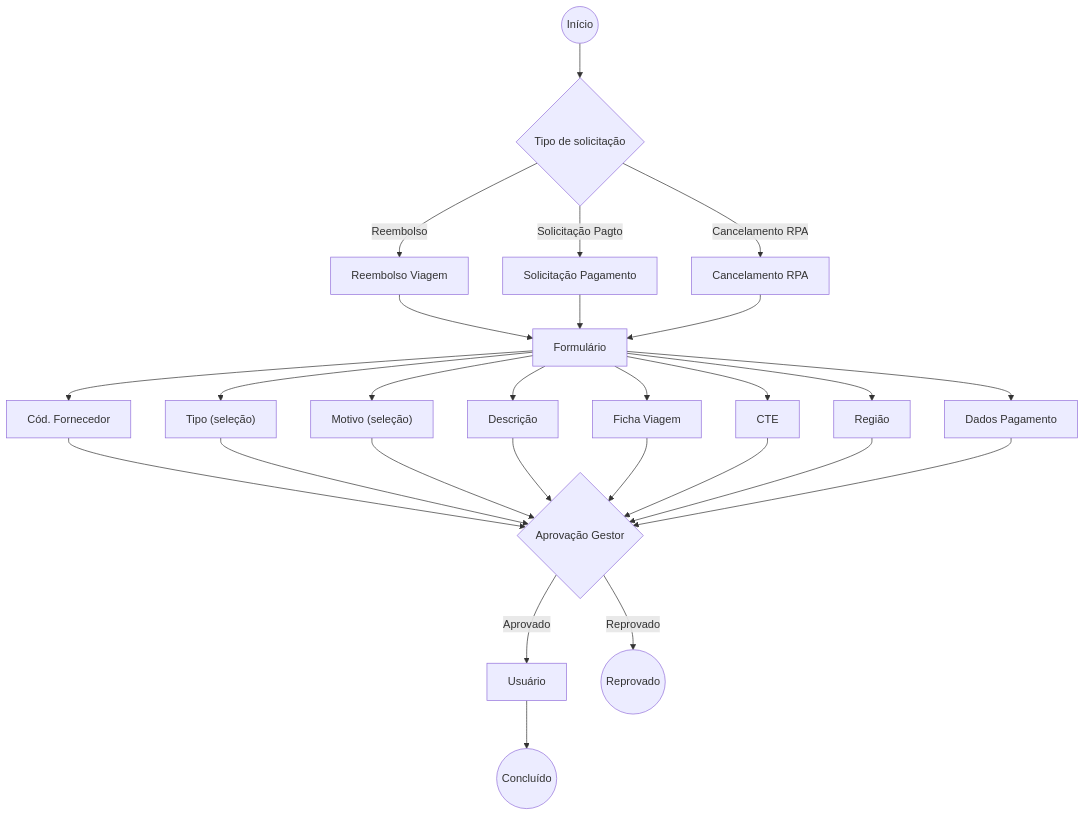
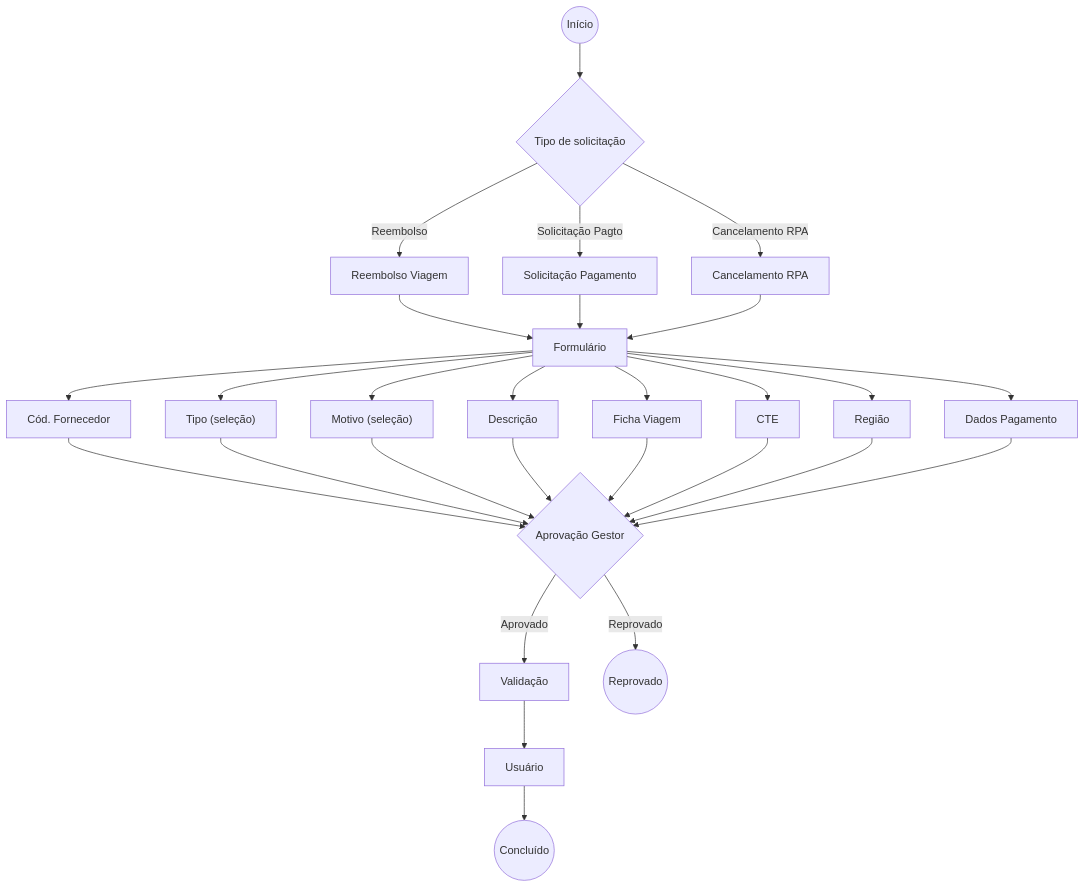
The diagram in fluxogramas/03-reembolso-viagem.md (elofavoritos-glitch/fluxograma-financeiro-elo), drawn with Mermaid before and after one commit. The commit also changed 2 other files, not shown here.

Commit message:
Confirma Validação (Reembolso) e ramo Item/Título + Aprovação 1 e 2 (Desconto)

````diff
--- a/fluxogramas/03-reembolso-viagem.md
+++ b/fluxogramas/03-reembolso-viagem.md
@@ -6,25 +6,26 @@
 ```mermaid
 flowchart TD
     START((Início)) --> RAMO{Tipo de solicitação}
     RAMO -->|Reembolso| REEMB[Reembolso Viagem]
     RAMO -->|Solicitação Pagto| SOLIC[Solicitação Pagamento]
     RAMO -->|Cancelamento RPA| CANC[Cancelamento RPA]
 
     REEMB --> FORM[Formulário]
     SOLIC --> FORM
     CANC --> FORM
 
     FORM --> F1[Cód. Fornecedor]
     FORM --> F2["Tipo (seleção)"]
     FORM --> F3["Motivo (seleção)"]
     FORM --> F4[Descrição]
     FORM --> F5[Ficha Viagem]
     FORM --> F6[CTE]
     FORM --> F7[Região]
     FORM --> F8[Dados Pagamento]
 
     F1 & F2 & F3 & F4 & F5 & F6 & F7 & F8 --> APROV{Aprovação Gestor}
-    APROV -->|Aprovado| USER[Usuário]
+    APROV -->|Aprovado| VALID[Validação]
+    VALID --> USER[Usuário]
     APROV -->|Reprovado| FIM_REP((Reprovado))
     USER --> FIM((Concluído))
 ```
````
